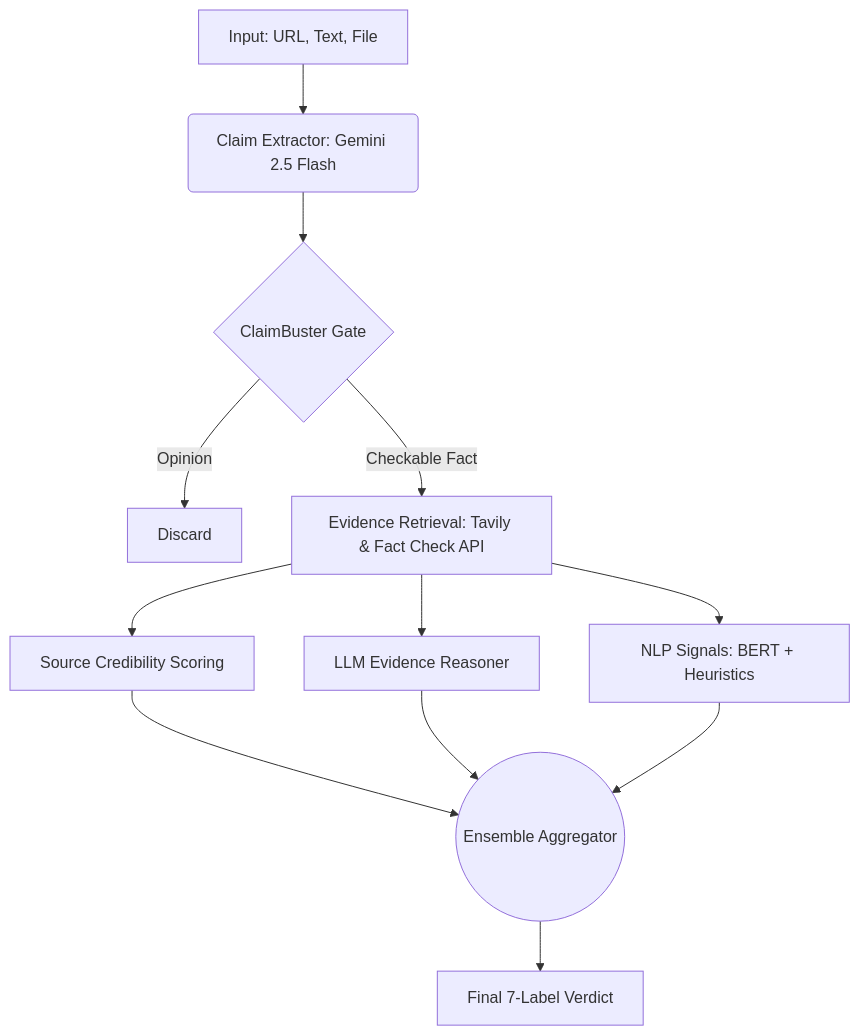
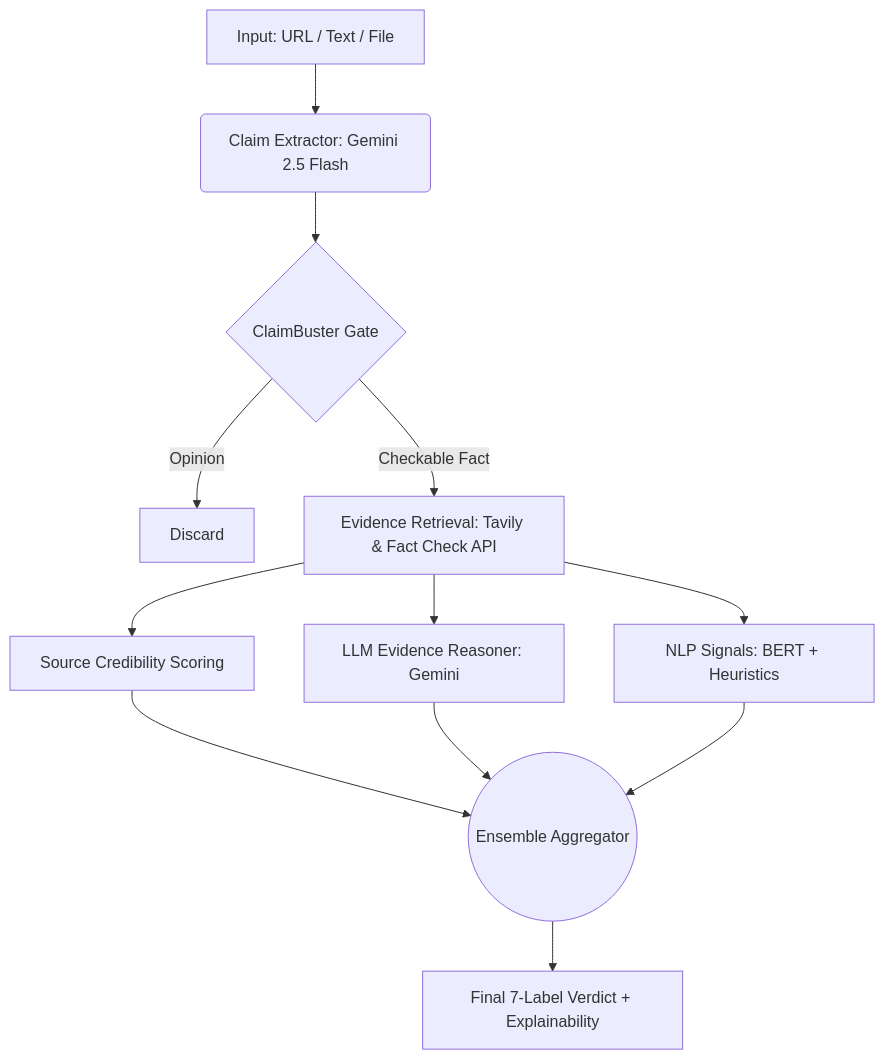
One commit to AtharvS7/VeritasAI-v2 changed the diagram in README.md. Above: the diagram before and after it, drawn with Mermaid. The commit also changed other lines of this file, not shown here.

````diff
--- a/README.md
+++ b/README.md
@@ -13,14 +48,14 @@
 ```mermaid
 graph TD
-    A[Input: URL, Text, File] --> B(Claim Extractor: Gemini 2.5 Flash)
+    A[Input: URL / Text / File] --> B(Claim Extractor: Gemini 2.5 Flash)
     B --> C{ClaimBuster Gate}
     C -->|Opinion| Z[Discard]
     C -->|Checkable Fact| D[Evidence Retrieval: Tavily & Fact Check API]
     D --> E[Source Credibility Scoring]
-    D --> F[LLM Evidence Reasoner]
+    D --> F[LLM Evidence Reasoner: Gemini]
     D --> G[NLP Signals: BERT + Heuristics]
     E --> H((Ensemble Aggregator))
     F --> H
     G --> H
-    H --> I[Final 7-Label Verdict]
+    H --> I[Final 7-Label Verdict + Explainability]
 ```
````
